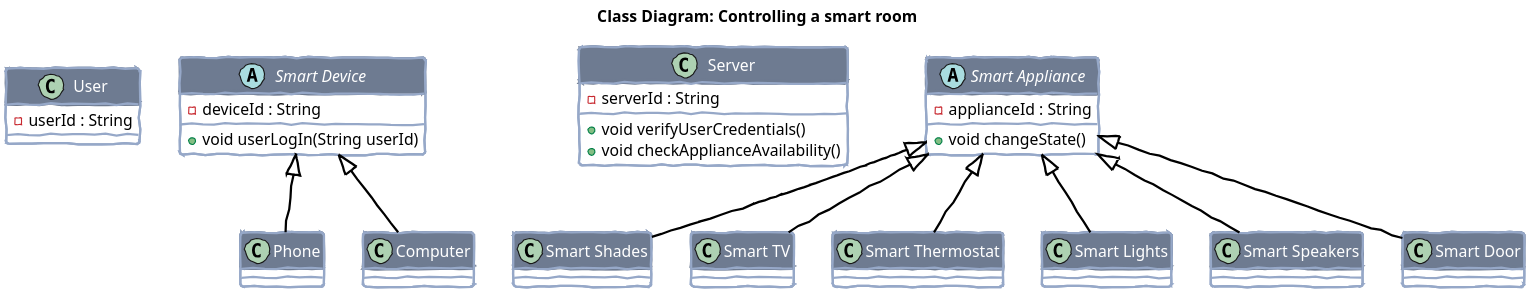
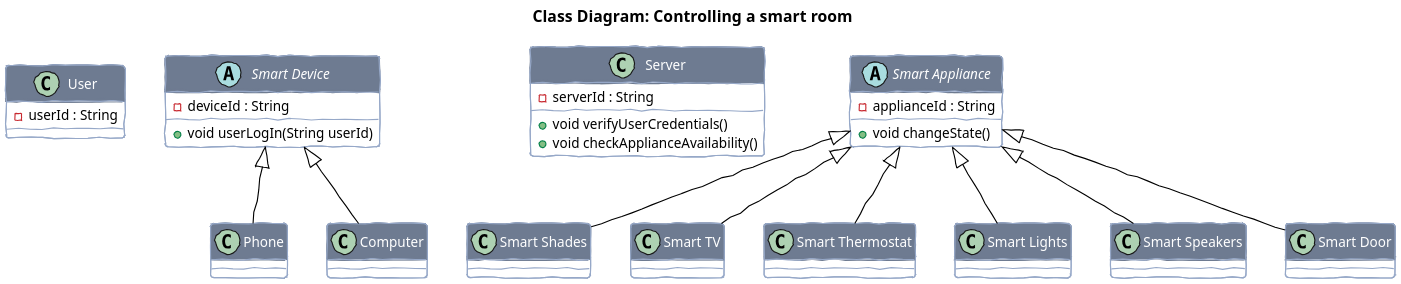
One commit to mikezamayias/glowing-sniffle changed the diagram in Current Courses/Agile Programming/Assignments/Assignment UML/class.puml. Above: the diagram before and after it, drawn with PlantUML.

Commit message:
minor changes

```diff
--- a/Current Courses/Agile Programming/Assignments/Assignment UML/class.puml
+++ b/Current Courses/Agile Programming/Assignments/Assignment UML/class.puml
@@ -1,66 +1,66 @@
 @startuml
 
 skinparam handwritten true
 skinparam DefaultFontName xkcd script
 skinparam backgroundColor #FFFFFF
 skinparam Dpi 200
 
 skinparam class {
 	BackgroundColor #FFFFFF
-	FontSize 14
+	FontSize 12
 	FontColor #FFFFFF
 	HeaderBackgroundColor #6E7B91
 	BorderColor #96A8C8
-	BorderThickness 2
-	' AttributeFontSize 16
+	BorderThickness 1
+	AttributeFontSize 12
 	ArrowColor #000000
-	ArrowThickness 2
+	ArrowThickness 1
 }
 
 title Class Diagram: Controlling a smart room
 
 class "User" as user {
 	-userId : String
 }
 
 abstract class "Smart Device" as smartDevice{
 	-deviceId : String
 	+void userLogIn(String userId)
 }
 
 class "Server" as server{
 	-serverId : String
 	+void verifyUserCredentials()
 	+void checkApplianceAvailability()
 }
 
 abstract class "Smart Appliance" as smartAppliance{
 	-applianceId : String
 	+void changeState()
 }
 
 class "Phone" as phone extends smartDevice {
 }
 
 class "Computer" as computer extends smartDevice {
 }
 
 class "Smart Shades" as smartShades extends smartAppliance{
 }
 
 class "Smart TV" as smartTV extends smartAppliance{
 }
 
 class "Smart Thermostat" as smartThermostat extends smartAppliance{
 }
 
 class "Smart Lights" as smartLights extends smartAppliance{
 }
 
 class "Smart Speakers" as smartSpeakers extends smartAppliance{
 }
 
 class "Smart Door" as smartDoor extends smartAppliance{
 }
 
 @enduml
```
